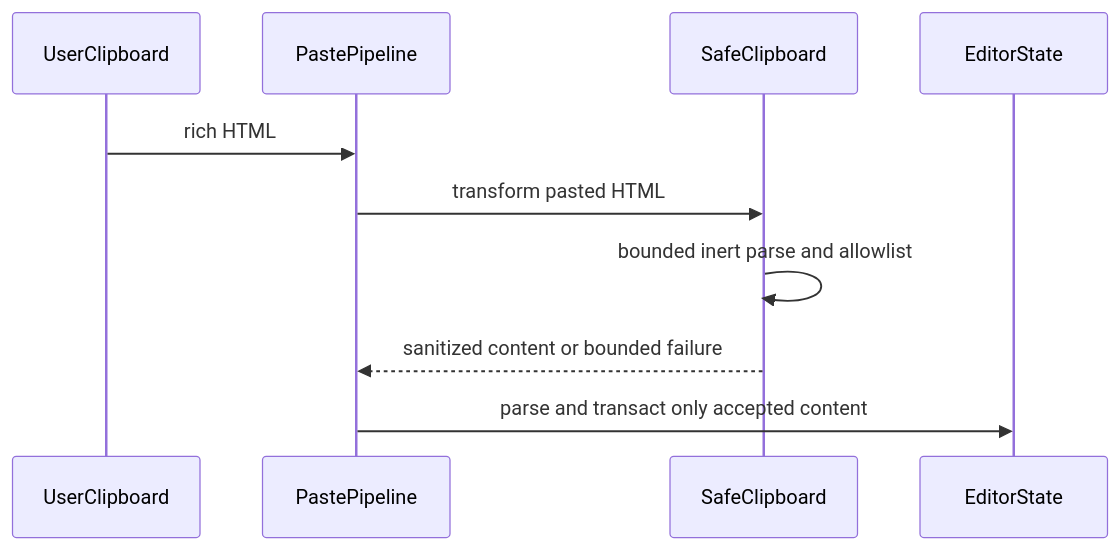
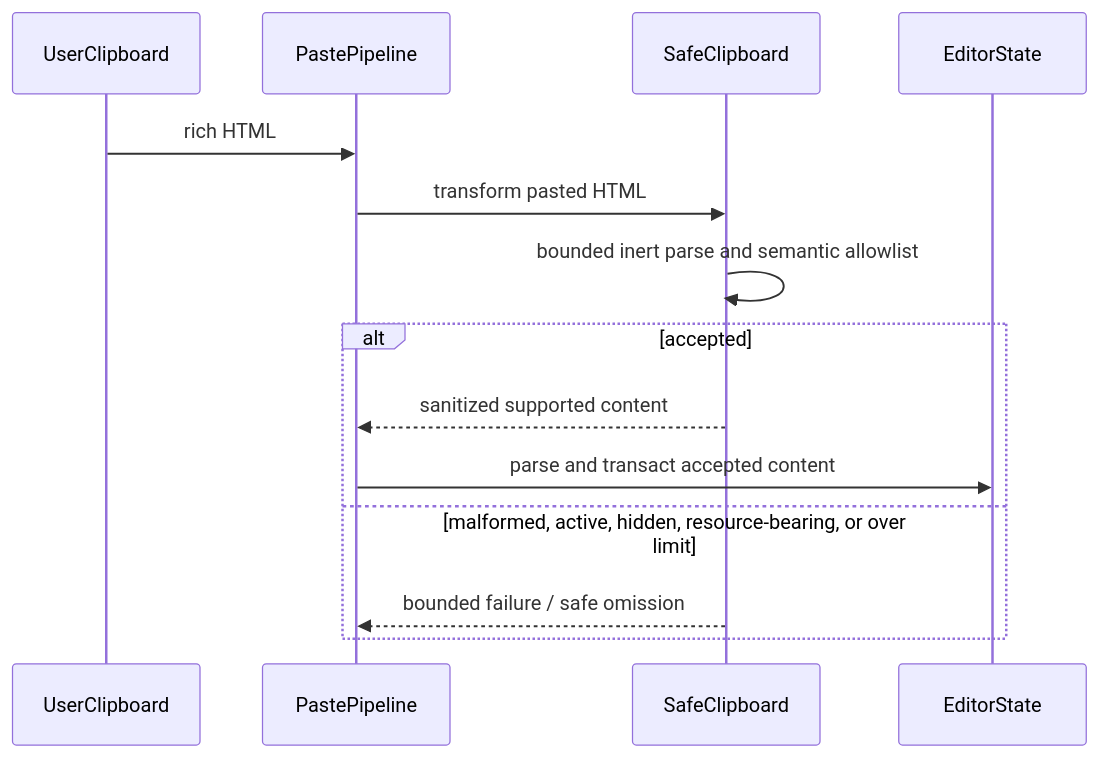
One commit to ContextualWisdomLab/inkspan changed the second of 15 diagrams in docs/UML.md. Above: the diagram before and after it, drawn with Mermaid. The commit also changed other lines of this file, not shown here.

Commit message:
docs(uml): complete Inkspan runtime and deployment diagrams

````diff
--- a/docs/UML.md
+++ b/docs/UML.md
@@ -22,12 +43,16 @@
 ```mermaid
 sequenceDiagram
   participant UserClipboard
   participant PastePipeline
   participant SafeClipboard
   participant EditorState
   UserClipboard->>PastePipeline: rich HTML
   PastePipeline->>SafeClipboard: transform pasted HTML
-  SafeClipboard->>SafeClipboard: bounded inert parse and allowlist
-  SafeClipboard-->>PastePipeline: sanitized content or bounded failure
-  PastePipeline->>EditorState: parse and transact only accepted content
+  SafeClipboard->>SafeClipboard: bounded inert parse and semantic allowlist
+  alt accepted
+    SafeClipboard-->>PastePipeline: sanitized supported content
+    PastePipeline->>EditorState: parse and transact accepted content
+  else malformed, active, hidden, resource-bearing, or over limit
+    SafeClipboard-->>PastePipeline: bounded failure / safe omission
+  end
 ```
````
